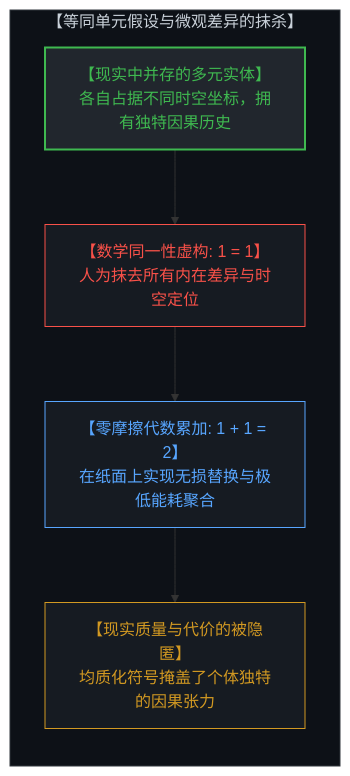
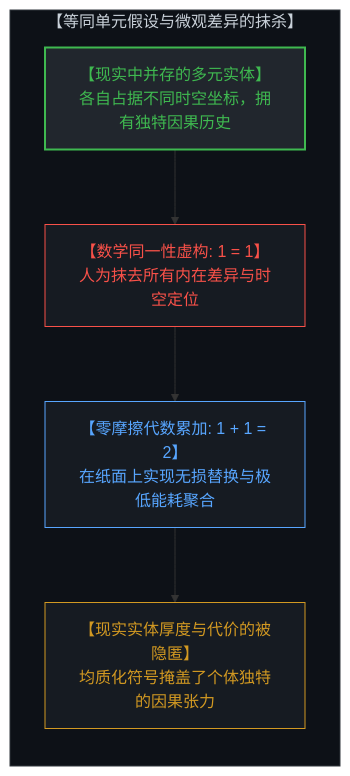
Before and after one commit to powerpig99/not-a-toe: the second of 6 diagrams in content/posts/the-illusion-of-the-tool-and-the-inversion-of-time.md, drawn with Mermaid. The commit also changed other lines of this file and 3 other files, not shown here.

````diff
--- a/content/posts/the-illusion-of-the-tool-and-the-inversion-of-time.md
+++ b/content/posts/the-illusion-of-the-tool-and-the-inversion-of-time.md
@@ -83,18 +83,18 @@
 ```mermaid
 graph TD
     subgraph IdentityFiction["【等同单元假设与微观差异的抹杀】"]
         direction TB
         RealEntities["【现实中并存的多元实体】<br>各自占据不同时空坐标，拥有独特因果历史"]
         IdentityAxiom["【数学同一性虚构: 1 = 1】<br>人为抹去所有内在差异与时空定位"]
         FrictionlessAddition["【零摩擦代数累加: 1 + 1 = 2】<br>在纸面上实现无损替换与极低能耗聚合"]
-        LivingDiversityEradicated["【现实质量与代价的被隐匿】<br>均质化符号掩盖了个体独特的因果张力"]
+        LivingDiversityEradicated["【现实实体厚度与代价的被隐匿】<br>均质化符号掩盖了个体独特的因果张力"]
         RealEntities --> IdentityAxiom
         IdentityAxiom --> FrictionlessAddition
         FrictionlessAddition --> LivingDiversityEradicated
     end
     style IdentityFiction fill:#0d1117,stroke:#30363d,stroke-width:1px,color:#c9d1d9
     style RealEntities fill:#21262d,stroke:#3fb950,stroke-width:2px,color:#3fb950
     style IdentityAxiom fill:#161b22,stroke:#f85149,stroke-width:1px,color:#f85149
     style FrictionlessAddition fill:#161b22,stroke:#58a6ff,stroke-width:1px,color:#58a6ff
     style LivingDiversityEradicated fill:#161b22,stroke:#d29922,stroke-width:1px,color:#d29922
 ```
````
